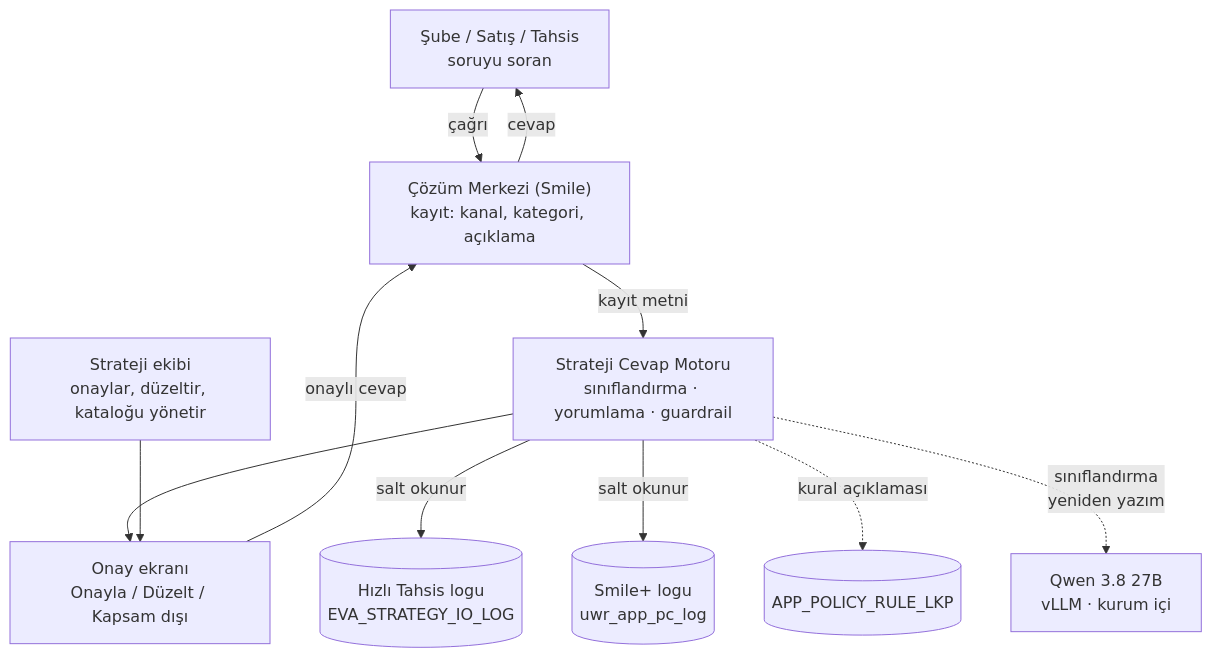
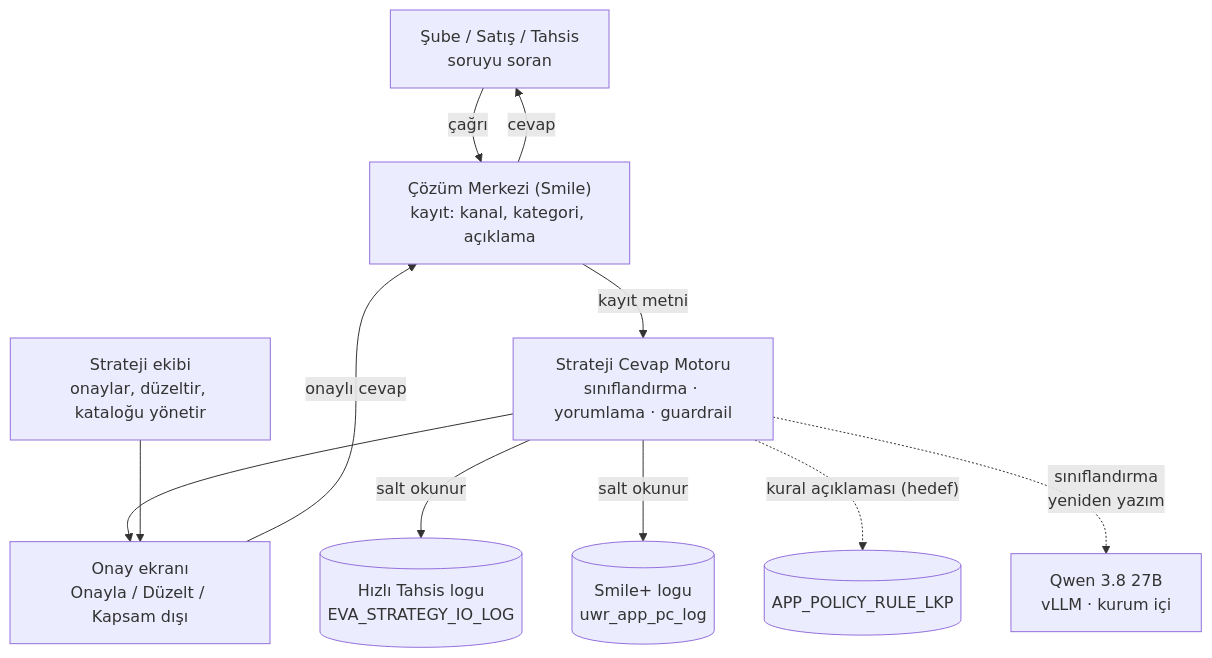
Before and after one commit to MertAErntrk/ykb-insource-projects: the diagram in strateji-cevap/docs/analiz_mimari/diyagram/01_baglam.mmd, drawn with Mermaid. The commit also changed 28 other files, not shown here.

```diff
--- a/strateji-cevap/docs/analiz_mimari/diyagram/01_baglam.mmd
+++ b/strateji-cevap/docs/analiz_mimari/diyagram/01_baglam.mmd
@@ -1,11 +1,11 @@
 flowchart TB
     S["Şube / Satış / Tahsis<br/>soruyu soran"] -->|"çağrı"| K["Çözüm Merkezi (Smile)<br/>kayıt: kanal, kategori, açıklama"]
     K -->|"kayıt metni"| M["Strateji Cevap Motoru<br/>sınıflandırma · yorumlama · guardrail"]
     M --> E["Onay ekranı<br/>Onayla / Düzelt / Kapsam dışı"]
     ST["Strateji ekibi<br/>onaylar, düzeltir, kataloğu yönetir"] --> E
     E -->|"onaylı cevap"| K
     K -->|"cevap"| S
     M -->|"salt okunur"| HT[("Hızlı Tahsis logu<br/>EVA_STRATEGY_IO_LOG")]
     M -->|"salt okunur"| SP[("Smile+ logu<br/>uwr_app_pc_log")]
-    M -.->|"kural açıklaması"| RL[("APP_POLICY_RULE_LKP")]
+    M -.->|"kural açıklaması (hedef)"| RL[("APP_POLICY_RULE_LKP")]
     M -.->|"sınıflandırma<br/>yeniden yazım"| Q["Qwen 3.8 27B<br/>vLLM · kurum içi"]
```
